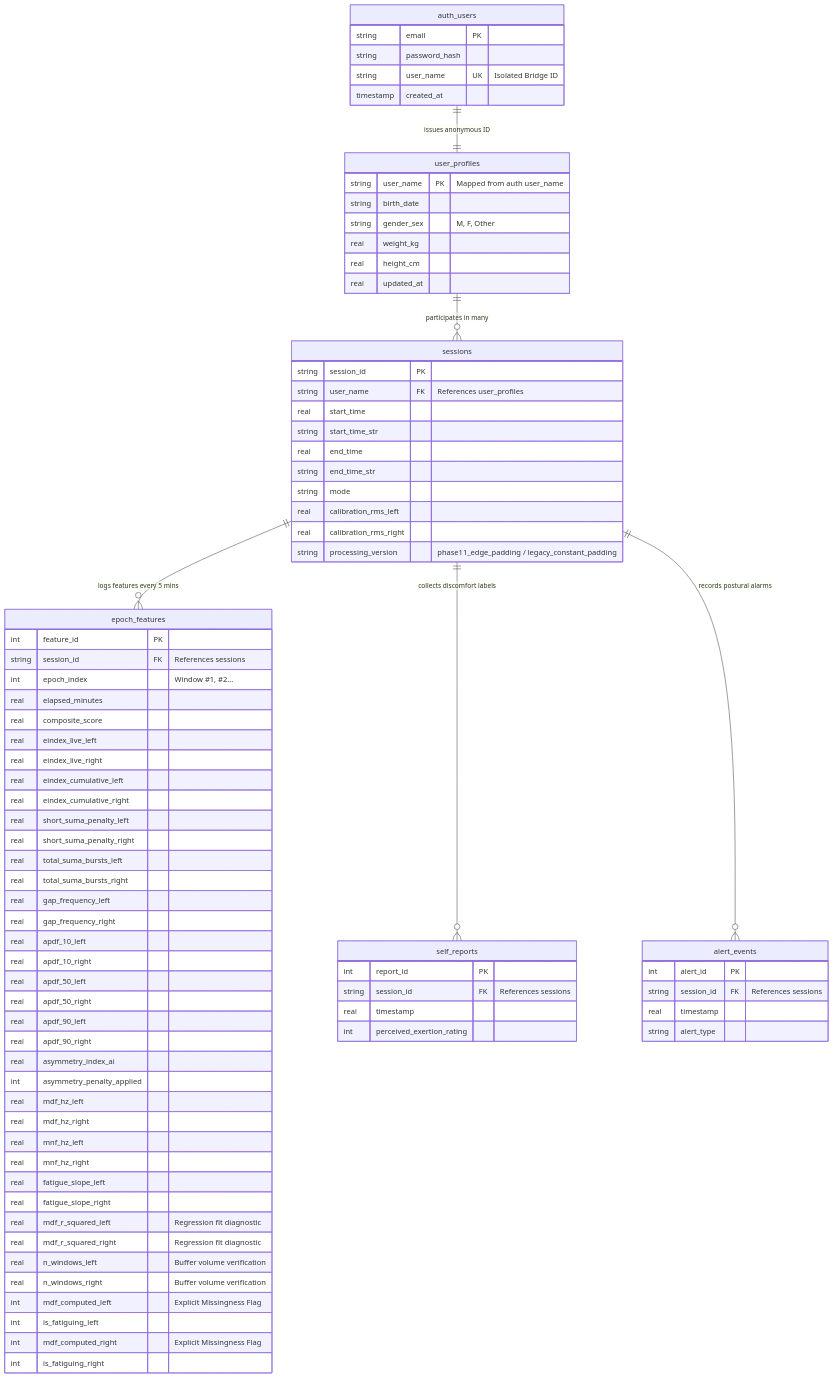
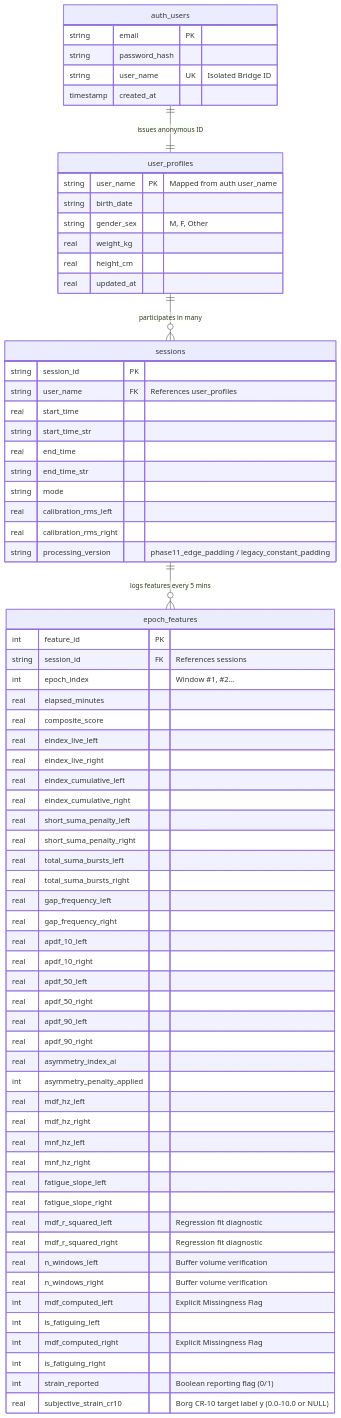
One commit to pratikgiya/tension_budget_ipd changed the diagram in cloud_database_and_ml_schema_specification.md. Above: the diagram before and after it, drawn with Mermaid. The commit also changed other lines of this file and 19 other files, not shown here.

````diff
--- a/cloud_database_and_ml_schema_specification.md
+++ b/cloud_database_and_ml_schema_specification.md
@@ -86,23 +87,11 @@
         int is_fatiguing_left
         int mdf_computed_right "Explicit Missingness Flag"
         int is_fatiguing_right
-    }
-    self_reports {
-        int report_id PK
-        string session_id FK "References sessions"
-        real timestamp
-        int perceived_exertion_rating
-    }
-    alert_events {
-        int alert_id PK
-        string session_id FK "References sessions"
-        real timestamp
-        string alert_type
+        int strain_reported "Boolean reporting flag (0/1)"
+        real subjective_strain_cr10 "Borg CR-10 target label y (0.0-10.0 or NULL)"
     }
 
     auth_users ||--|| user_profiles : "issues anonymous ID"
     user_profiles ||--o{ sessions : "participates in many"
     sessions ||--o{ epoch_features : "logs features every 5 mins"
-    sessions ||--o{ self_reports : "collects discomfort labels"
-    sessions ||--o{ alert_events : "records postural alarms"
 ```
````
